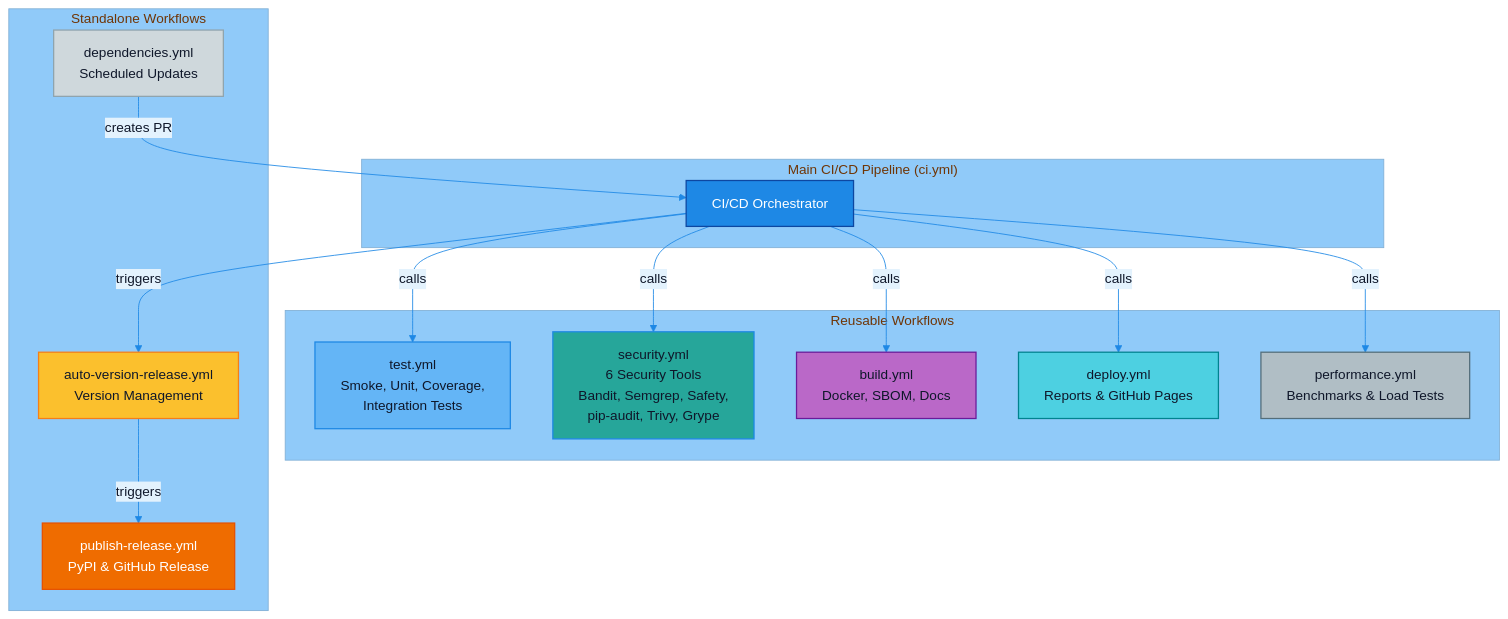
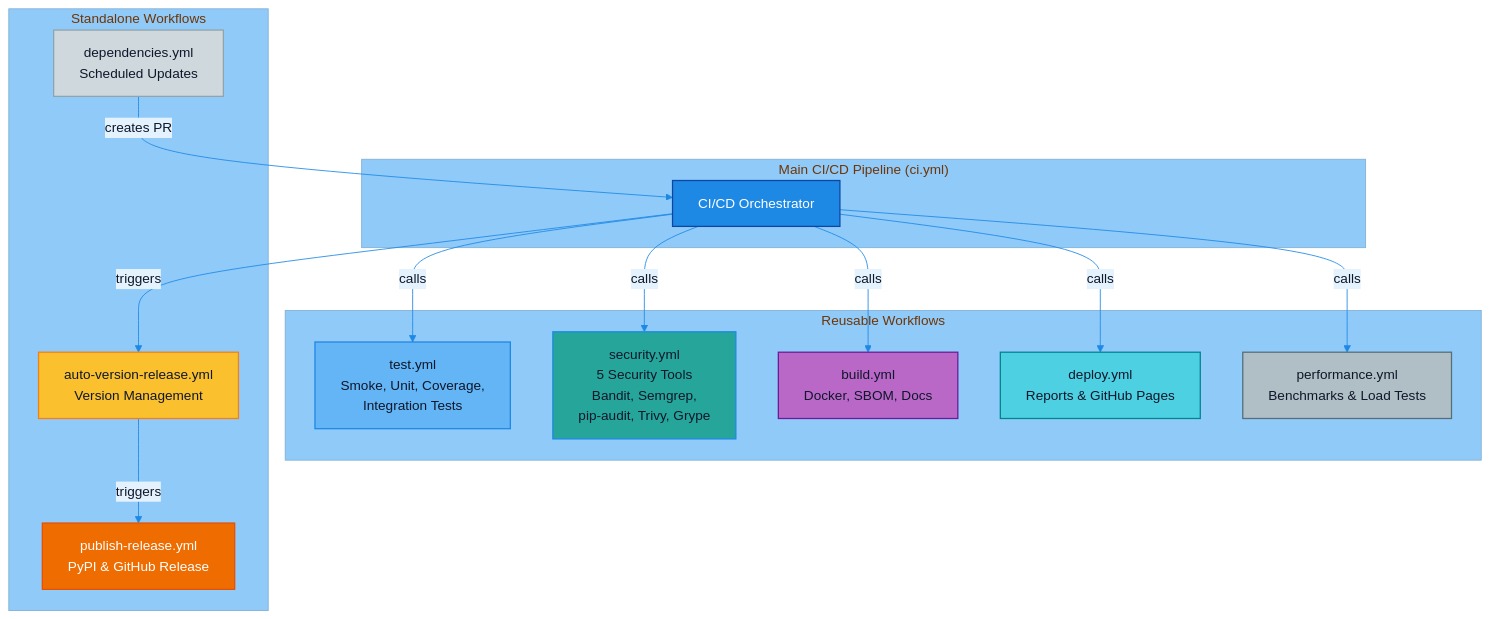
One commit to jim-wyatt/msn-weather-wrapper changed the third of 4 diagrams in docs/WORKFLOW_DIAGRAM.md. Above: the diagram before and after it, drawn with Mermaid. The commit also changed other lines of this file and 18 other files, not shown here.

````diff
--- a/docs/WORKFLOW_DIAGRAM.md
+++ b/docs/WORKFLOW_DIAGRAM.md
@@ -81,41 +81,41 @@
 ```mermaid
 %%{init: {'theme': 'base', 'themeVariables': {'primaryColor': '#E3F2FD', 'primaryTextColor': '#0F172A', 'primaryBorderColor': '#1E88E5', 'lineColor': '#1E88E5', 'secondaryColor': '#BBDEFB', 'tertiaryColor': '#90CAF9', 'edgeLabelBackground': '#E3F2FD'}}}%%
 graph TB
     subgraph "Main CI/CD Pipeline (ci.yml)"
         CI[CI/CD Orchestrator]
     end
 
     subgraph "Reusable Workflows"
         TEST[test.yml<br/>Smoke, Unit, Coverage,<br/>Integration Tests]
-        SEC[security.yml<br/>6 Security Tools<br/>Bandit, Semgrep, Safety,<br/>pip-audit, Trivy, Grype]
+        SEC[security.yml<br/>5 Security Tools<br/>Bandit, Semgrep,<br/>pip-audit, Trivy, Grype]
         BUILD[build.yml<br/>Docker, SBOM, Docs]
         DEPLOY[deploy.yml<br/>Reports & GitHub Pages]
         PERF[performance.yml<br/>Benchmarks & Load Tests]
     end
 
     subgraph "Standalone Workflows"
         DEP[dependencies.yml<br/>Scheduled Updates]
         AUTO[auto-version-release.yml<br/>Version Management]
         PUB[publish-release.yml<br/>PyPI & GitHub Release]
     end
 
     CI -->|calls| TEST
     CI -->|calls| SEC
     CI -->|calls| BUILD
     CI -->|calls| DEPLOY
     CI -->|calls| PERF
     CI -->|triggers| AUTO
     AUTO -->|triggers| PUB
     DEP -->|creates PR| CI
 
     %% Muted palette to match site blues with softer contrast
     style CI fill:#1E88E5,stroke:#0D47A1,stroke-width:1.5px,color:#fff
     style TEST fill:#64B5F6,stroke:#1E88E5,stroke-width:1.5px,color:#0F172A
     style SEC fill:#26A69A,stroke:#1E88E5,stroke-width:1.5px,color:#0F172A
     style BUILD fill:#BA68C8,stroke:#6A1B9A,stroke-width:1.5px,color:#0F172A
     style DEPLOY fill:#4DD0E1,stroke:#00838F,stroke-width:1.5px,color:#0F172A
     style PERF fill:#B0BEC5,stroke:#546E7A,stroke-width:1.5px,color:#0F172A
     style DEP fill:#CFD8DC,stroke:#90A4AE,stroke-width:1.5px,color:#0F172A
     style AUTO fill:#FBC02D,stroke:#F57F17,stroke-width:1.5px,color:#0F172A
     style PUB fill:#EF6C00,stroke:#E65100,stroke-width:1.5px,color:#fff
 ```
````
